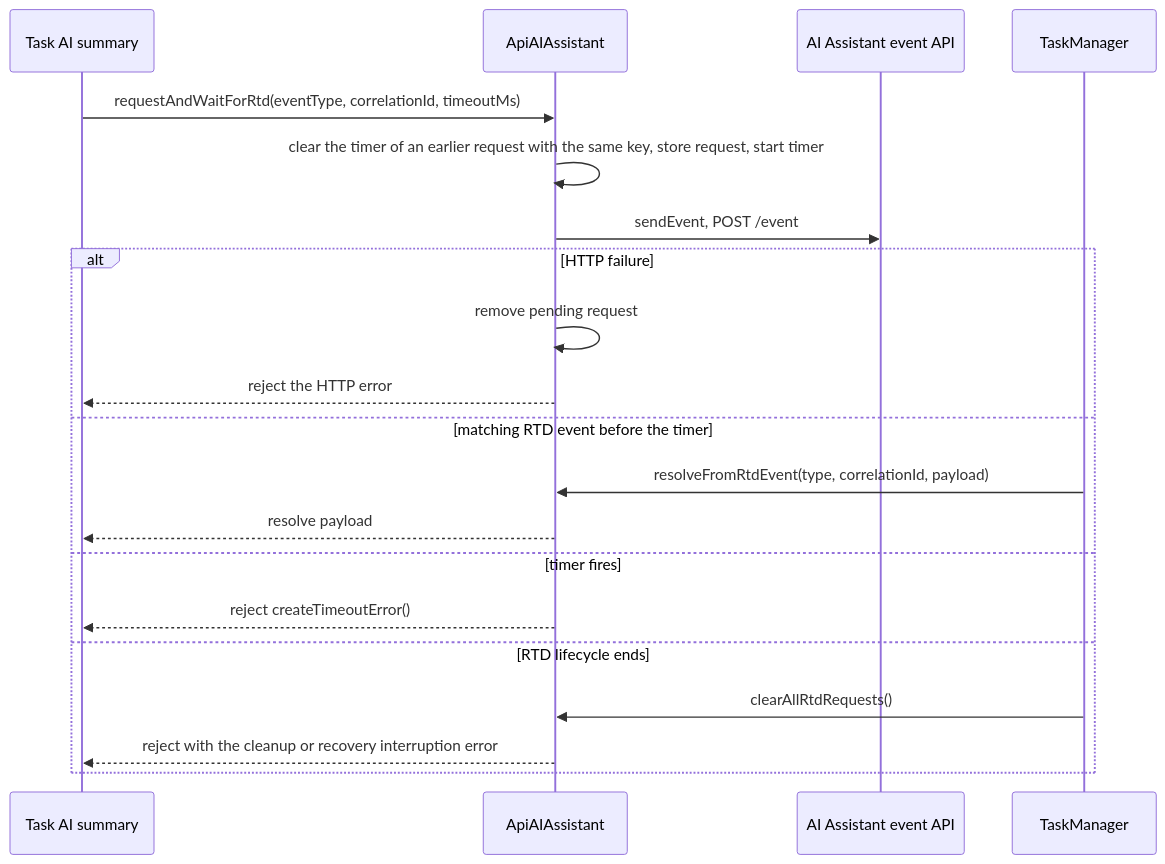
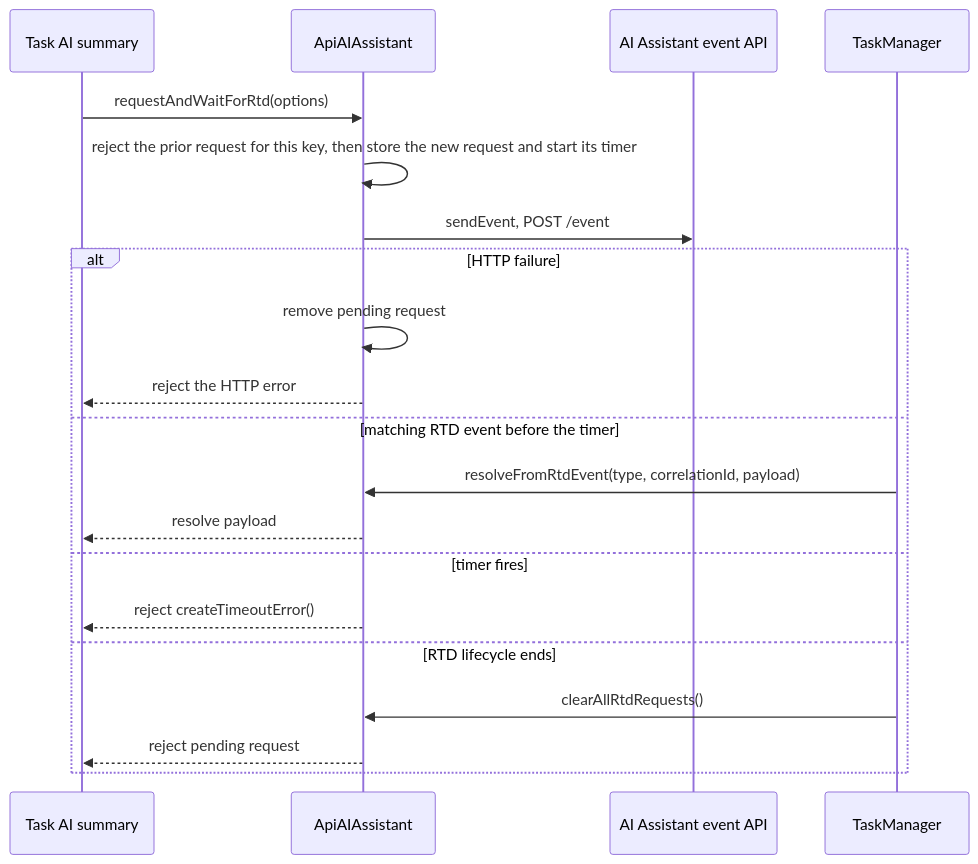
Before and after one commit to webex/webex-js-sdk: the fifth of 12 diagrams in packages/@webex/contact-center/src/services/docs/README.md, drawn with Mermaid. The commit also changed 36 other files, not shown here.

````diff
--- a/packages/@webex/contact-center/src/services/docs/README.md
+++ b/packages/@webex/contact-center/src/services/docs/README.md
@@ -410,22 +410,22 @@
 ```mermaid
 sequenceDiagram
   participant T as Task AI summary
   participant AI as ApiAIAssistant
   participant SVC as AI Assistant event API
   participant TM as TaskManager
-  T->>AI: requestAndWaitForRtd(eventType, correlationId, timeoutMs)
-  AI->>AI: clear the timer of an earlier request with the same key, store request, start timer
+  T->>AI: requestAndWaitForRtd(options)
+  AI->>AI: reject the prior request for this key, then store the new request and start its timer
   AI->>SVC: sendEvent, POST /event
   alt HTTP failure
     AI->>AI: remove pending request
     AI-->>T: reject the HTTP error
   else matching RTD event before the timer
     TM->>AI: resolveFromRtdEvent(type, correlationId, payload)
     AI-->>T: resolve payload
   else timer fires
     AI-->>T: reject createTimeoutError()
   else RTD lifecycle ends
     TM->>AI: clearAllRtdRequests()
-    AI-->>T: reject with the cleanup or recovery interruption error
+    AI-->>T: reject pending request
   end
 ```
````
